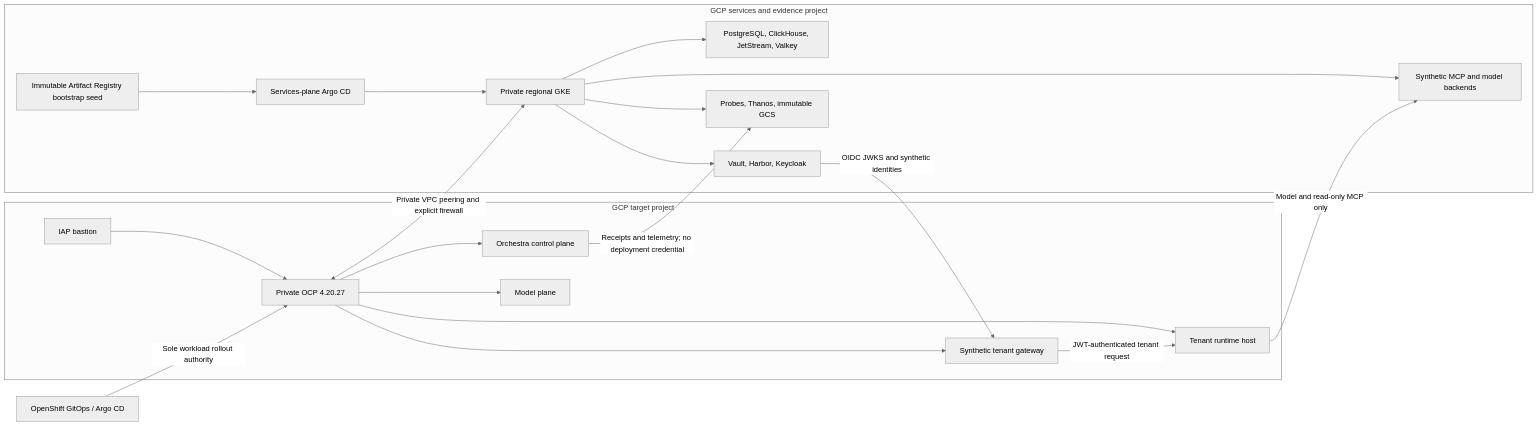
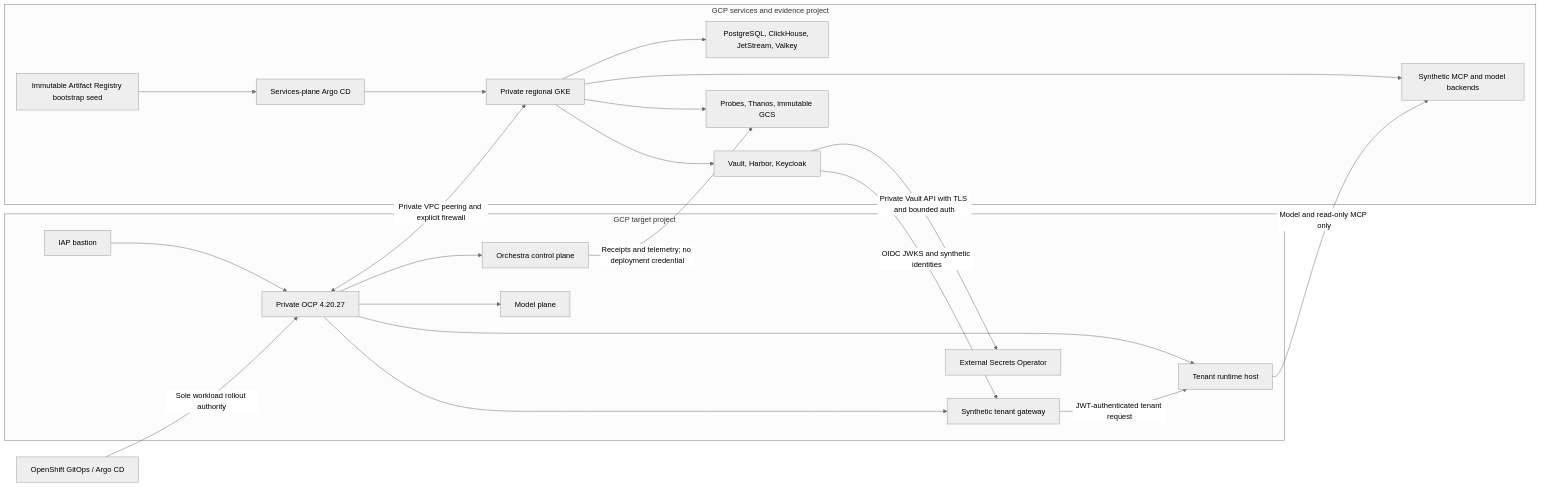
Before and after one commit to caglarsubas/orchestra-openshift-reference-lab: the diagram in docs/architecture.md, drawn with Mermaid (neutral theme). The commit also changed other lines of this file and 28 other files, not shown here.

````diff
--- a/docs/architecture.md
+++ b/docs/architecture.md
@@ -5,39 +5,41 @@
 ```mermaid
 flowchart LR
   subgraph GCP_TARGET["GCP target project"]
     IAP["IAP bastion"]
     OCP["Private OCP 4.20.27"]
     PLATFORM["Orchestra control plane"]
     GATEWAY["Synthetic tenant gateway"]
     RUNTIME["Tenant runtime host"]
     MODEL["Model plane"]
+    ESO["External Secrets Operator"]
     IAP --> OCP
     OCP --> PLATFORM
     OCP --> GATEWAY
     OCP --> RUNTIME
     OCP --> MODEL
     GATEWAY -->|"JWT-authenticated tenant request"| RUNTIME
   end
 
   subgraph GCP_SERVICES["GCP services and evidence project"]
     GKE["Private regional GKE"]
     DATA["PostgreSQL, ClickHouse, JetStream, Valkey"]
     SECURITY["Vault, Harbor, Keycloak"]
     SEED["Immutable Artifact Registry bootstrap seed"]
     SARGO["Services-plane Argo CD"]
     SYNTHETIC["Synthetic MCP and model backends"]
     EVIDENCE["Probes, Thanos, immutable GCS"]
     GKE --> DATA
     GKE --> SECURITY
     SEED --> SARGO
     SARGO --> GKE
     GKE --> SYNTHETIC
     GKE --> EVIDENCE
   end
 
   OCP <-->|"Private VPC peering and explicit firewall"| GKE
   SECURITY -->|"OIDC JWKS and synthetic identities"| GATEWAY
+  SECURITY -->|"Private Vault API with TLS and bounded auth"| ESO
   RUNTIME -->|"Model and read-only MCP only"| SYNTHETIC
   PLATFORM -->|"Receipts and telemetry; no deployment credential"| EVIDENCE
   ARGO["OpenShift GitOps / Argo CD"] -->|"Sole workload rollout authority"| OCP
 ```
````
